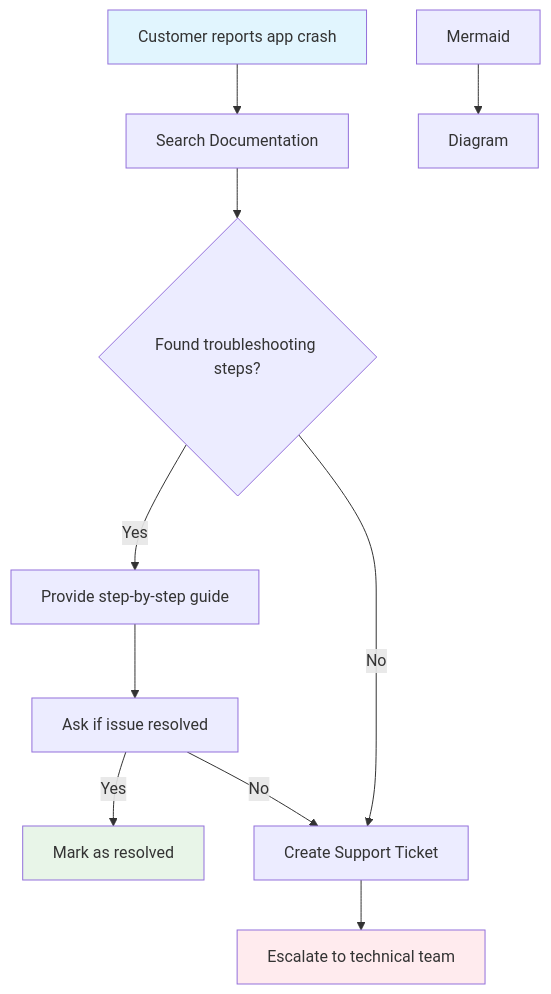
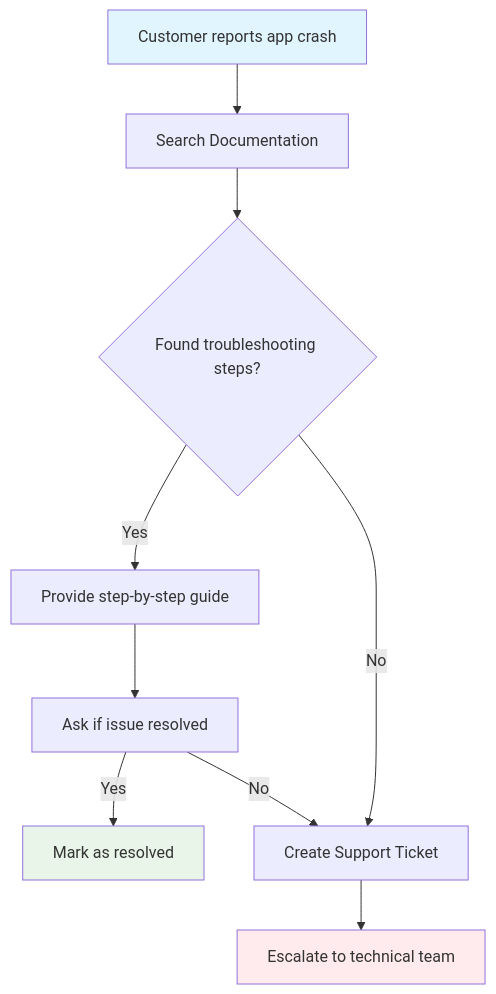
One commit to MihalyToth20/xano-docs changed the fourth of 4 diagrams in ai-tools/agents.md. Above: the diagram before and after it, drawn with Mermaid.

Commit message:
GITBOOK-153: No subject

````diff
--- a/ai-tools/agents.md
+++ b/ai-tools/agents.md
@@ -186,16 +186,15 @@
 ```mermaid
 flowchart TD
     A[Customer reports app crash] --> B[Search Documentation]
     B --> C{Found troubleshooting steps?}
     C -->|Yes| D[Provide step-by-step guide]
     D --> E[Ask if issue resolved]
     E -->|Yes| F[Mark as resolved]
     E -->|No| G[Create Support Ticket]
     C -->|No| G
     G --> H[Escalate to technical team]
     
     style A fill:#e1f5fe
     style F fill:#e8f5e8
     style H fill:#ffebee
-  Mermaid --> Diagram
 ```
````
